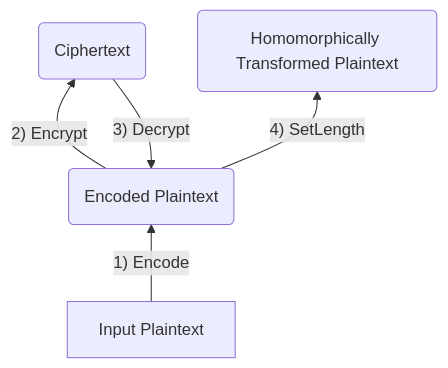
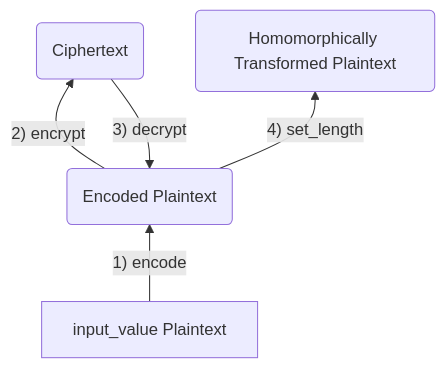
One commit to aeropittura/cipher changed the diagram in docs/sphinx_rsts/modules/pke/pke_encoding.rst. Above: the diagram before and after it, drawn with Mermaid. The commit also changed other lines of this file and 126 other files, not shown here.

```diff
--- a/docs/sphinx_rsts/modules/pke/pke_encoding.rst
+++ b/docs/sphinx_rsts/modules/pke/pke_encoding.rst
@@ -14,7 +14,7 @@
 .. mermaid::
 
   graph BT
-      A[Input Plaintext] --> |"1) Encode"| B(Encoded Plaintext);
-      B(Encoded Plaintext) --> |"2) Encrypt"| C(Ciphertext);
-      C(Ciphertext) --> |"3) Decrypt"| B(Encoded Plaintext);
-      B(Encoded Plaintext) --> |"4) SetLength"| D(Homomorphically Transformed Plaintext);
+      A[input_value Plaintext] --> |"1) encode"| B(Encoded Plaintext);
+      B(Encoded Plaintext) --> |"2) encrypt"| C(Ciphertext);
+      C(Ciphertext) --> |"3) decrypt"| B(Encoded Plaintext);
+      B(Encoded Plaintext) --> |"4) set_length"| D(Homomorphically Transformed Plaintext);
```
